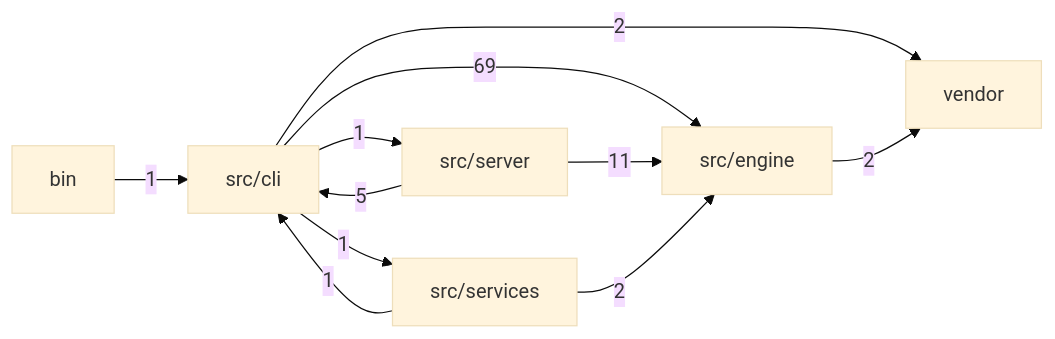
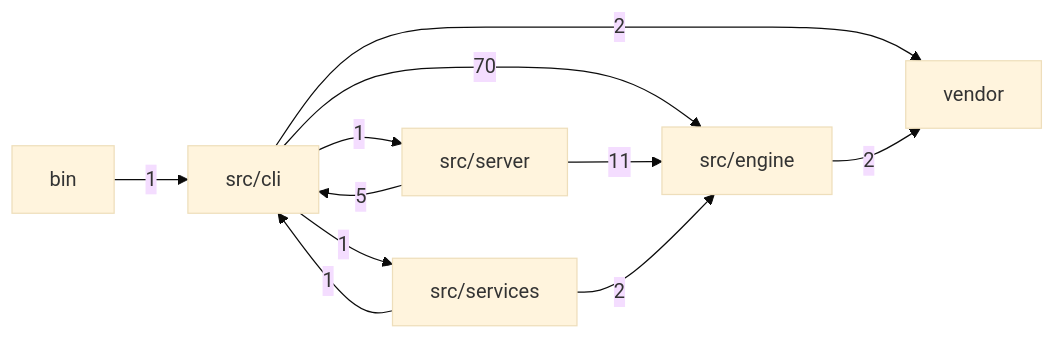
One commit to mgillr/memev changed the first of 2 diagrams in docs/MODULES.md. Above: the diagram before and after it, drawn with Mermaid (base theme). The commit also changed other lines of this file and 1 other file, not shown here.

First line of the commit message:
I fix the changelog note format and update the module graph.

````diff
--- a/docs/MODULES.md
+++ b/docs/MODULES.md
@@ -11,19 +11,19 @@
 ```mermaid
 flowchart LR
   bin["bin"]
   cli["src/cli"]
   engine["src/engine"]
   server["src/server"]
   services["src/services"]
   vendor["vendor"]
   bin -->|"1"| cli
-  cli -->|"69"| engine
+  cli -->|"70"| engine
   cli -->|"1"| server
   cli -->|"1"| services
   cli -->|"2"| vendor
   engine -->|"2"| vendor
   server -->|"5"| cli
   server -->|"11"| engine
   services -->|"1"| cli
   services -->|"2"| engine
 ```
````
